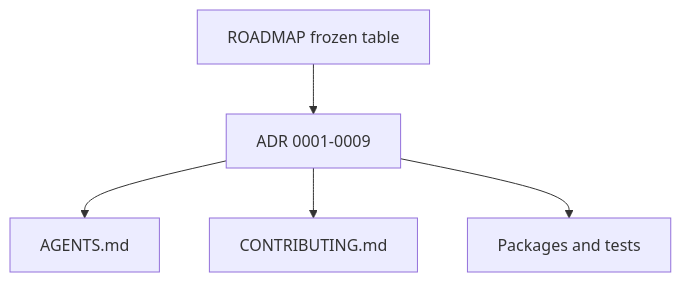
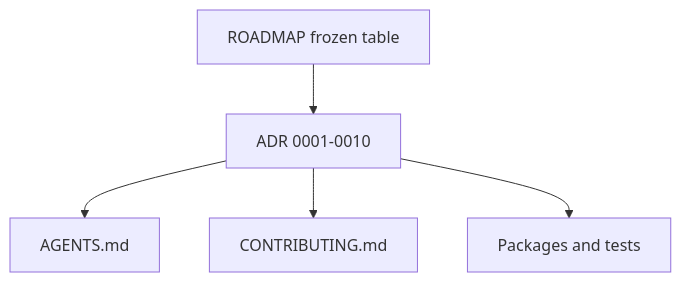
Before and after one commit to witzbeck/mtg-loop-engine: the diagram in docs/decisions/README.md, drawn with Mermaid. The commit also changed other lines of this file and 6 other files, not shown here.

````diff
--- a/docs/decisions/README.md
+++ b/docs/decisions/README.md
@@ -9,7 +9,7 @@
 ```mermaid
 graph TB;
-  roadmap[ROADMAP frozen table] --> adrSeed[ADR 0001-0009];
+  roadmap[ROADMAP frozen table] --> adrSeed[ADR 0001-0010];
   adrSeed --> agents[AGENTS.md];
   adrSeed --> contrib[CONTRIBUTING.md];
   adrSeed --> code[Packages and tests];
 ```
````
